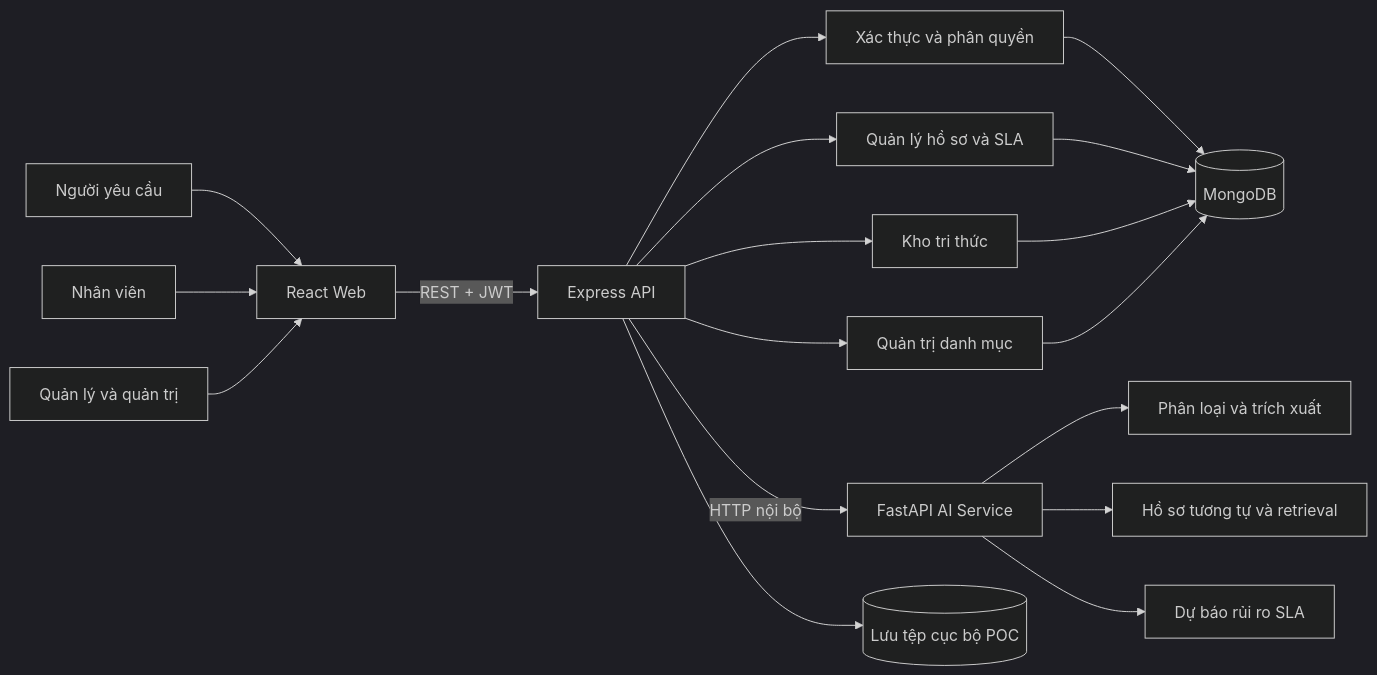
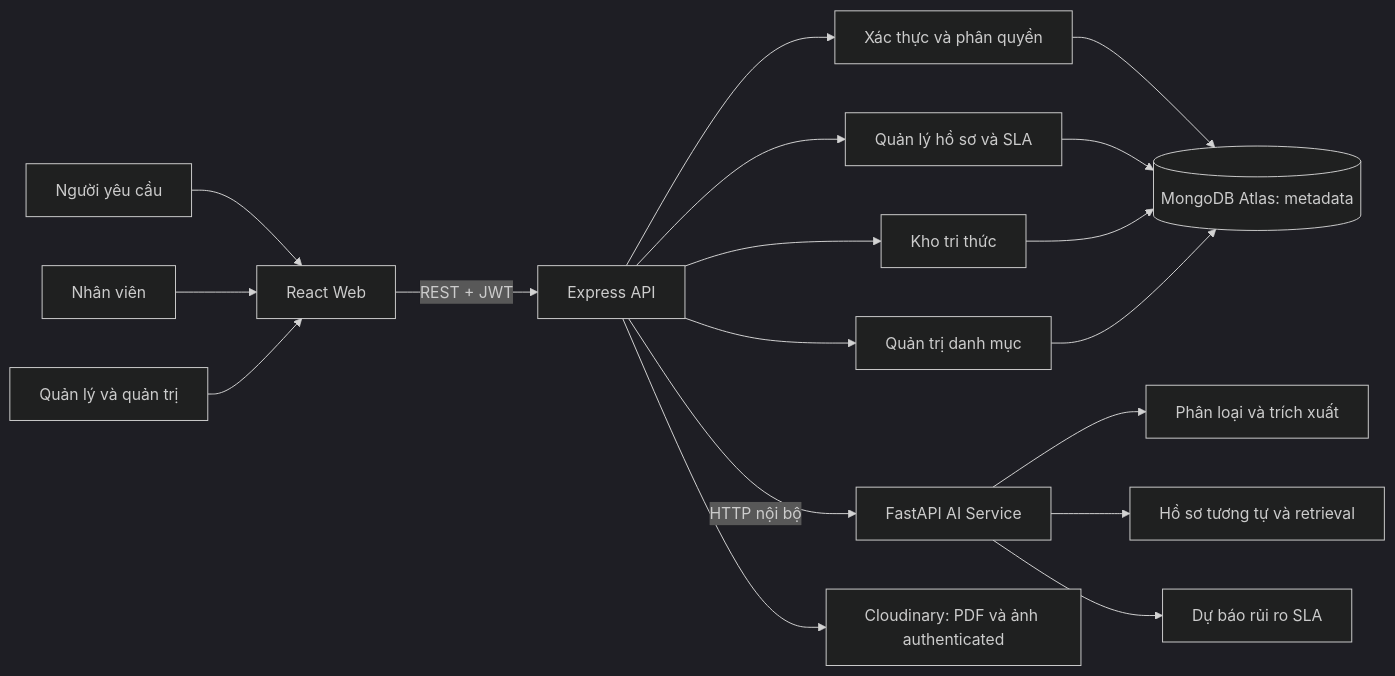
One commit to YOUNGLEE2510/caseflowAI changed the first of 4 diagrams in docs/DIAGRAMS.md. Above: the diagram before and after it, drawn with Mermaid (dark theme). The commit also changed other lines of this file and 174 other files, not shown here.

````diff
--- a/docs/DIAGRAMS.md
+++ b/docs/DIAGRAMS.md
@@ -7,20 +7,20 @@
 ```mermaid
 flowchart LR
   R[Người yêu cầu] --> WEB[React Web]
   A[Nhân viên] --> WEB
   M[Quản lý và quản trị] --> WEB
   WEB -->|REST + JWT| API[Express API]
   API --> AUTH[Xác thực và phân quyền]
   API --> CASE[Quản lý hồ sơ và SLA]
   API --> KB[Kho tri thức]
   API --> ADMIN[Quản trị danh mục]
-  AUTH --> DB[(MongoDB)]
+  AUTH --> DB[(MongoDB Atlas: metadata)]
   CASE --> DB
   KB --> DB
   ADMIN --> DB
   API -->|HTTP nội bộ| AI[FastAPI AI Service]
   AI --> CLS[Phân loại và trích xuất]
   AI --> RET[Hồ sơ tương tự và retrieval]
   AI --> SLA[Dự báo rủi ro SLA]
-  API --> FILES[(Lưu tệp cục bộ POC)]
+  API --> FILES[Cloudinary: PDF và ảnh authenticated]
 ```
````
